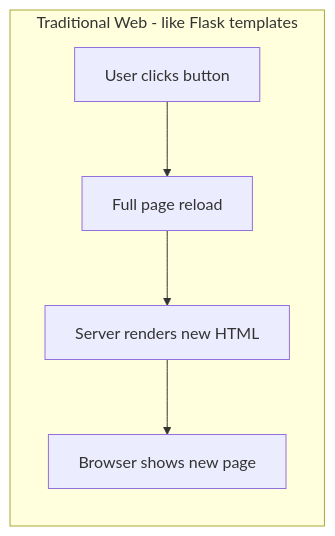
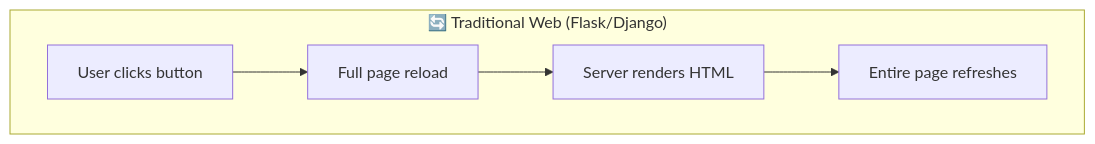
Before and after one commit to theaiguy1987/aqi_app: the seventh of 11 diagrams in README.md, drawn with Mermaid. The commit also changed other lines of this file and 4 other files, not shown here.

````diff
--- a/README.md
+++ b/README.md
@@ -173,8 +280,8 @@
 ```mermaid
-graph LR
-    subgraph "Traditional Web - like Flask templates"
-        A[User clicks button] --> B[Full page reload]
-        B --> C[Server renders new HTML]
-        C --> D[Browser shows new page]
+graph TB
+    subgraph "🔄 Traditional Web (Flask/Django)"
+        A1["User clicks button"] --> A2["Full page reload"]
+        A2 --> A3["Server renders HTML"]
+        A3 --> A4["Entire page refreshes"]
     end
 ```
````
